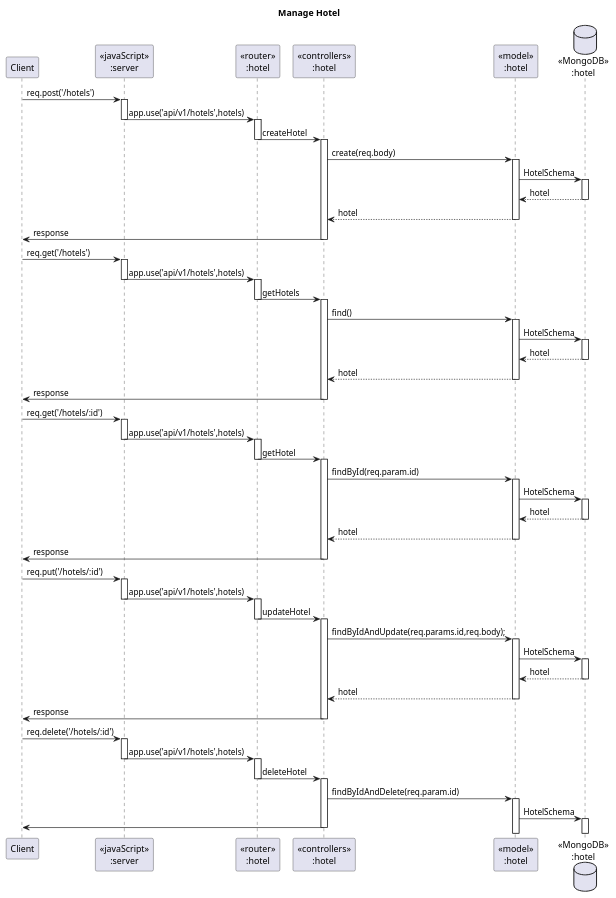
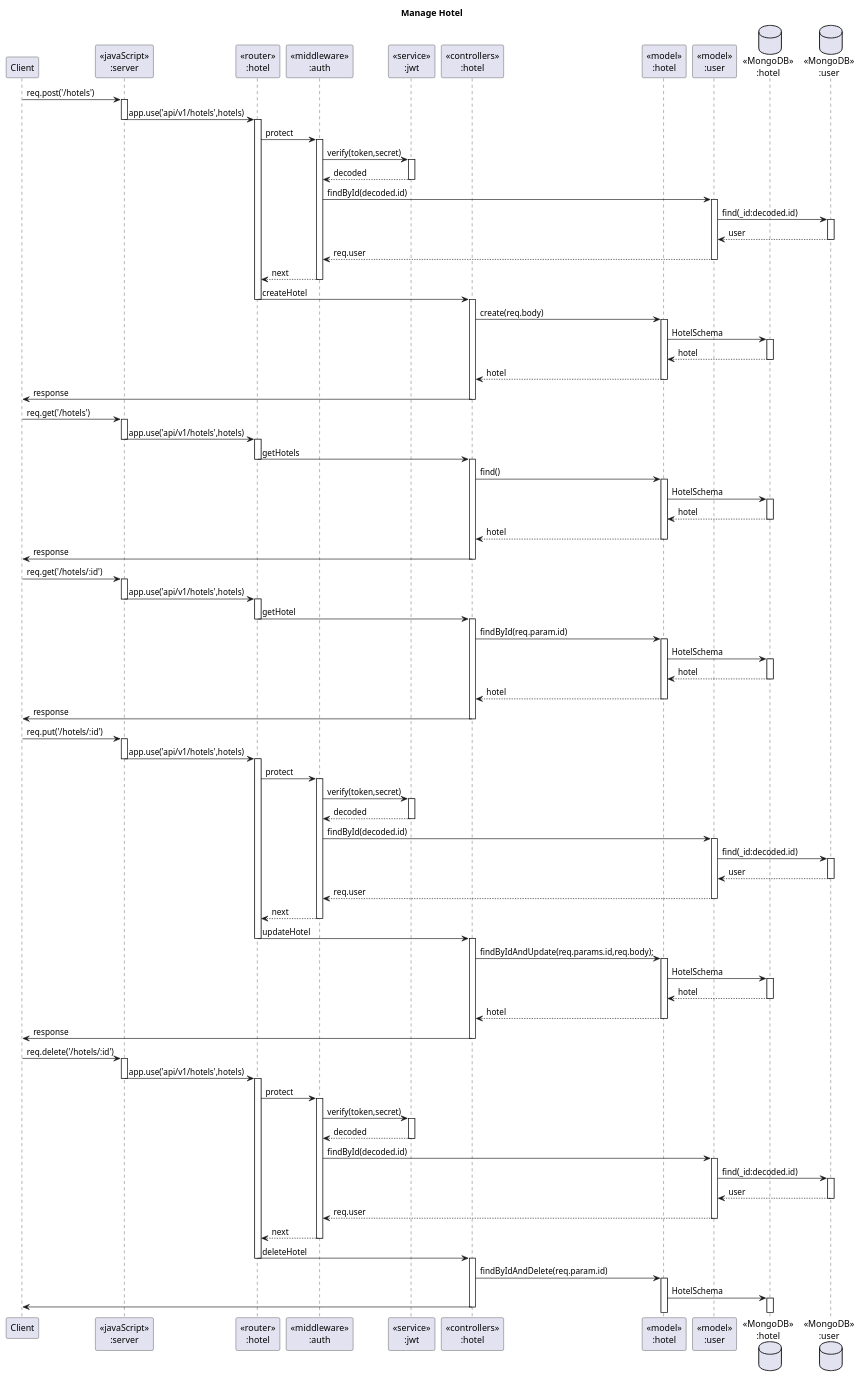
One commit to JongSinister/WTFramework changed the diagram in WTFuml/HotelSequence.puml. Above: the diagram before and after it, drawn with PlantUML. The commit also changed 7 other files, not shown here.

Commit message:
Modified Sequence PlantUML

```diff
--- a/WTFuml/HotelSequence.puml
+++ b/WTFuml/HotelSequence.puml
@@ -1,56 +1,84 @@
 @startuml Manage Hotel
 
 title "Manage Hotel"
 
 participant "Client" as client
 participant "<<javaScript>>\n:server" as server
-participant "<<router>>\n:hotel" as auth
+participant "<<router>>\n:hotel" as hotel
+participant "<<middleware>>\n:auth" as middleware
+participant "<<service>>\n:jwt" as jwt
 participant "<<controllers>>\n:hotel" as controllerHotels
 participant "<<model>>\n:hotel" as modelHotel
+participant "<<model>>\n:user" as modelUser
 database "<<MongoDB>>\n:hotel" as hotelDatabase
+database "<<MongoDB>>\n:user" as userDatabase
 
 client->server ++:req.post('/hotels')
-server->auth --++:app.use('api/v1/hotels',hotels)
-auth -> controllerHotels --++:createHotel
+server->hotel --++:app.use('api/v1/hotels',hotels)
+hotel->middleware ++:protect
+middleware->jwt ++:verify(token,secret)
+jwt-->middleware --: decoded
+middleware->modelUser ++:findById(decoded.id)
+modelUser -> userDatabase ++:find(_id:decoded.id)
+userDatabase --> modelUser --:user
+modelUser-->middleware --:req.user
+middleware-->hotel --:next
+hotel -> controllerHotels --++:createHotel
 controllerHotels->modelHotel ++:create(req.body)
 modelHotel ->hotelDatabase ++: HotelSchema
 hotelDatabase --> modelHotel --: hotel
 controllerHotels <-- modelHotel --:hotel
 controllerHotels->client --:response
 
 client->server ++:req.get('/hotels')
-server->auth --++:app.use('api/v1/hotels',hotels)
-auth -> controllerHotels --++:getHotels
+server->hotel --++:app.use('api/v1/hotels',hotels)
+hotel -> controllerHotels --++:getHotels
 controllerHotels->modelHotel ++:find()
 modelHotel ->hotelDatabase ++: HotelSchema
 hotelDatabase --> modelHotel --: hotel
 controllerHotels <-- modelHotel --:hotel
 controllerHotels->client --:response
 
 client->server ++:req.get('/hotels/:id')
-server->auth --++:app.use('api/v1/hotels',hotels)
-auth -> controllerHotels --++:getHotel
+server->hotel --++:app.use('api/v1/hotels',hotels)
+hotel -> controllerHotels --++:getHotel
 controllerHotels->modelHotel ++:findById(req.param.id)
 modelHotel ->hotelDatabase ++: HotelSchema
 hotelDatabase --> modelHotel --: hotel
 controllerHotels <-- modelHotel --:hotel
 controllerHotels->client --:response
 
 client->server ++:req.put('/hotels/:id')
-server->auth --++:app.use('api/v1/hotels',hotels)
-auth -> controllerHotels --++:updateHotel
+server->hotel --++:app.use('api/v1/hotels',hotels)
+hotel->middleware ++:protect
+middleware->jwt ++:verify(token,secret)
+jwt-->middleware --: decoded
+middleware->modelUser ++:findById(decoded.id)
+modelUser -> userDatabase ++:find(_id:decoded.id)
+userDatabase --> modelUser --:user
+modelUser-->middleware --:req.user
+middleware-->hotel --:next
+hotel -> controllerHotels --++:updateHotel
 controllerHotels->modelHotel ++:findByIdAndUpdate(req.params.id,req.body);
 modelHotel ->hotelDatabase ++: HotelSchema
 hotelDatabase --> modelHotel --: hotel
 controllerHotels <-- modelHotel --:hotel
 controllerHotels->client --:response
 
 client->server ++:req.delete('/hotels/:id')
-server->auth --++:app.use('api/v1/hotels',hotels)
-auth -> controllerHotels --++:deleteHotel
+server->hotel --++:app.use('api/v1/hotels',hotels)
+hotel->middleware ++:protect
+middleware->jwt ++:verify(token,secret)
+jwt-->middleware --: decoded
+middleware->modelUser ++:findById(decoded.id)
+modelUser -> userDatabase ++:find(_id:decoded.id)
+userDatabase --> modelUser --:user
+modelUser-->middleware --:req.user
+middleware-->hotel --:next
+hotel -> controllerHotels --++:deleteHotel
 controllerHotels->modelHotel ++:findByIdAndDelete(req.param.id)
 modelHotel ->hotelDatabase ++: HotelSchema
 controllerHotels->client --:
 
 
 @enduml
```
